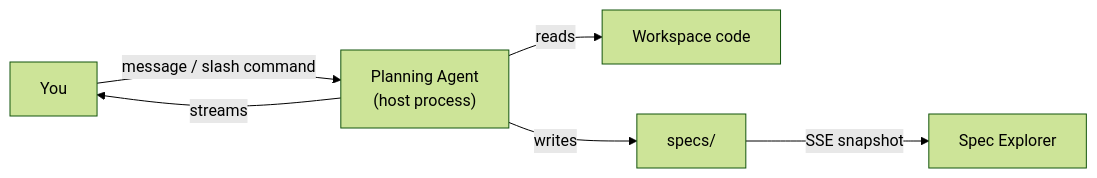
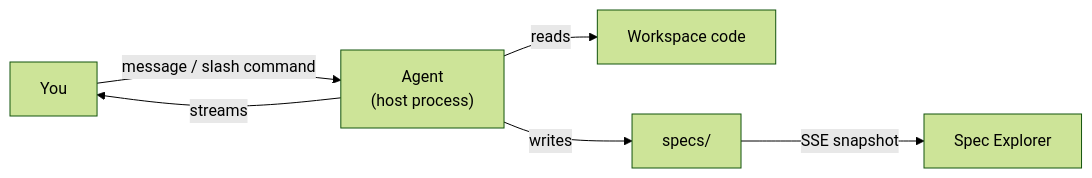
Before and after one commit to changkun/wallfacer: the first of 2 diagrams in docs/guide/exploring-ideas.md, drawn with Mermaid (forest theme). The commit also changed other lines of this file and 5 other files, not shown here.

Commit message:
refactor(agentsession): rename planning -> agent chat in guide docs

````diff
--- a/docs/guide/exploring-ideas.md
+++ b/docs/guide/exploring-ideas.md
@@ -7,8 +7,8 @@
 ```mermaid
 flowchart LR
-  user["You"] -->|message / slash command| agent["Planning Agent<br/>(host process)"]
+  user["You"] -->|message / slash command| agent["Agent<br/>(host process)"]
   agent -->|reads| code["Workspace code"]
   agent -->|writes| specs["specs/"]
   specs -->|SSE snapshot| explorer["Spec Explorer"]
   agent -->|streams| user
 ```
````
